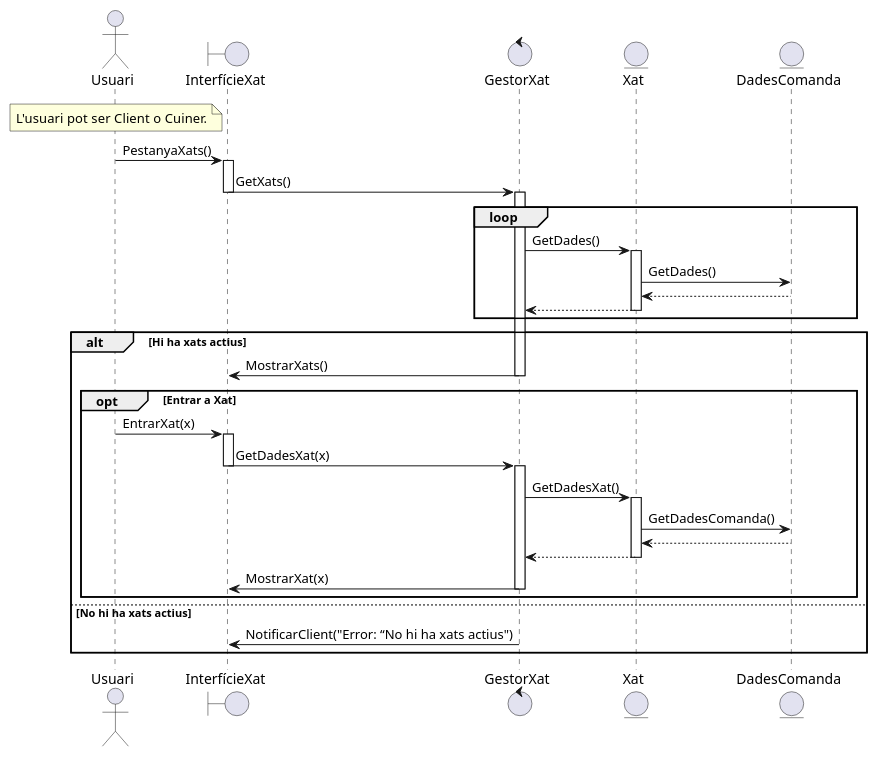
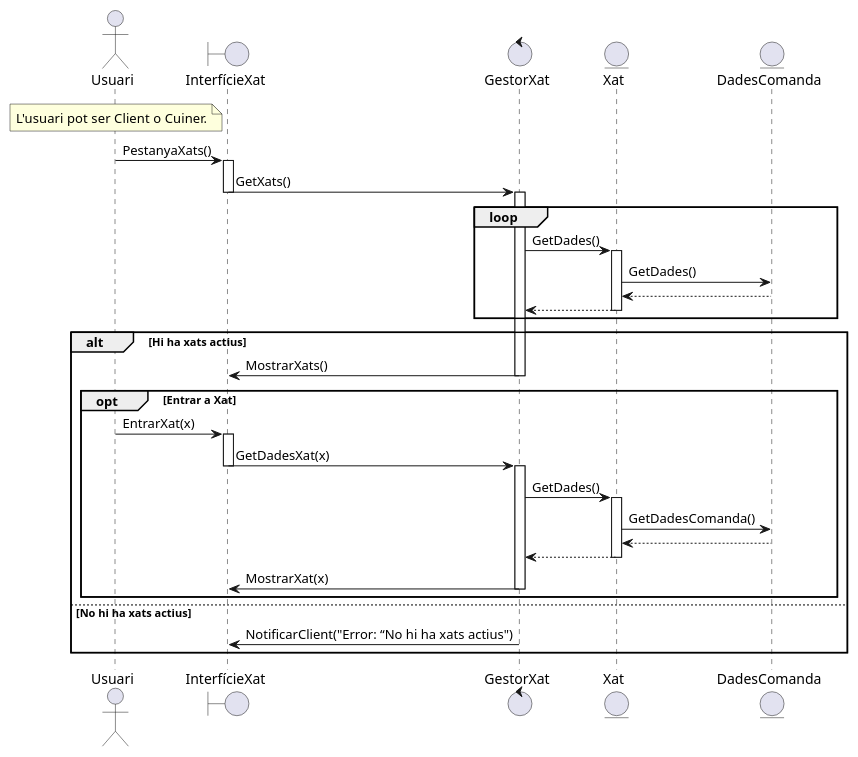
The diagram in documents/Diagrames i Especificacions/Seqüencia/Hiro! ^3^/2. Mostrar Xats.puml (martipages/ES23UAB431-02), drawn with PlantUML before and after one commit. The commit also changed 6 other files, not shown here.

Commit message:
Fets Diagrames 1 i 2 Martí al DC

```diff
--- a/documents/Diagrames i Especificacions/Seqüencia/Hiro! ^3^/2. Mostrar Xats.puml
+++ b/documents/Diagrames i Especificacions/Seqüencia/Hiro! ^3^/2. Mostrar Xats.puml
@@ -1,35 +1,35 @@
 @startuml
 
 actor Usuari
 note over Usuari: L'usuari pot ser Client o Cuiner.
 boundary InterfícieXat
 control GestorXat
 entity Xat
 entity DadesComanda
 
 Usuari -> InterfícieXat++: PestanyaXats()
 InterfícieXat -> GestorXat--++: GetXats()
 loop
 GestorXat->Xat++: GetDades()
 Xat->DadesComanda: GetDades()
 DadesComanda-->Xat--
 Xat-->GestorXat--
 end
 alt Hi ha xats actius
 GestorXat->InterfícieXat--: MostrarXats() 
 
 opt Entrar a Xat
 Usuari -> InterfícieXat++: EntrarXat(x)
 InterfícieXat -> GestorXat--++: GetDadesXat(x)
-GestorXat->Xat++: GetDadesXat()
+GestorXat->Xat++: GetDades()
 Xat->DadesComanda: GetDadesComanda()
 DadesComanda-->Xat--
 Xat-->GestorXat--
 GestorXat->InterfícieXat--: MostrarXat(x) 
 end
 
 else No hi ha xats actius
 GestorXat->InterfícieXat: NotificarClient("Error: “No hi ha xats actius")
 end
 
 @enduml
```
